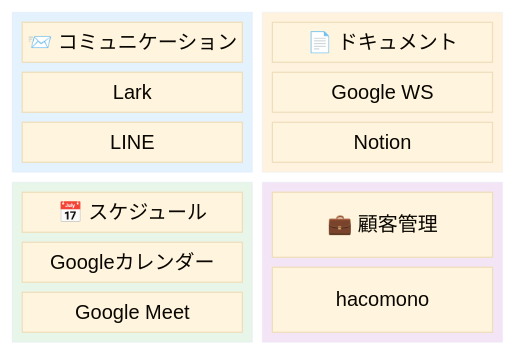
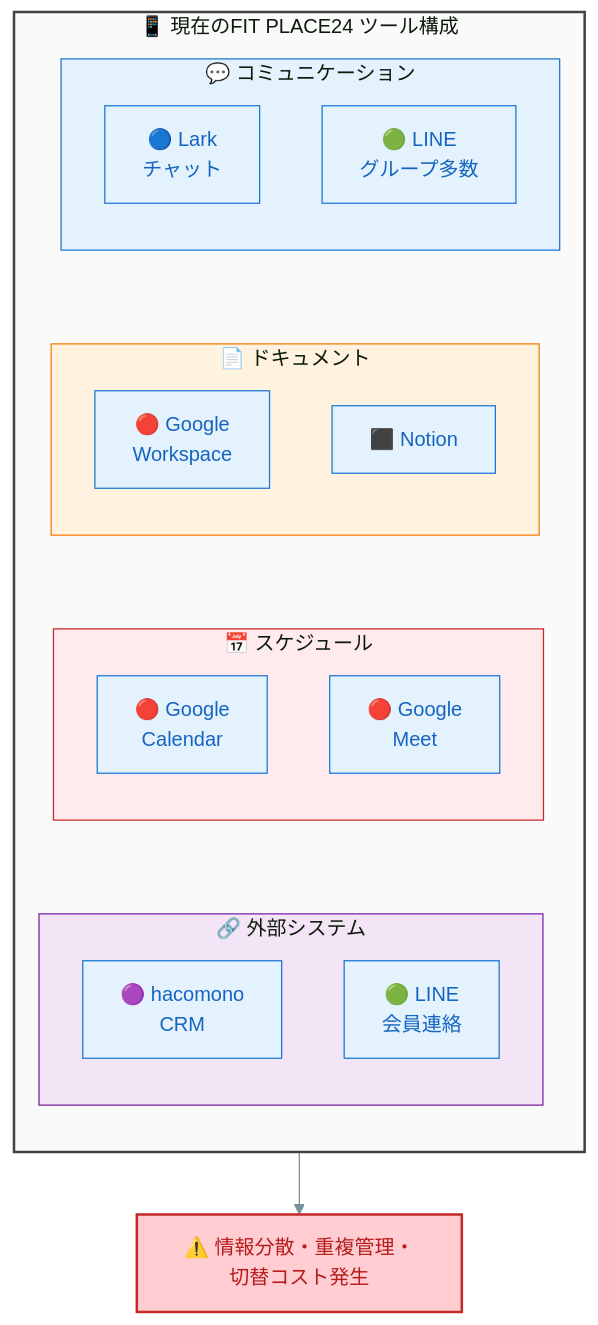
Before and after one commit to PLark-droid/lark-proposal: the first of 20 diagrams in docs/FITPLACE_LARK_PROPOSAL.md, drawn with Mermaid. The commit also changed other lines of this file, not shown here.

First line of the commit message:
docs: V1コンテンツベースにインフォグラフィック品質のMermaid図を適用

````diff
--- a/docs/FITPLACE_LARK_PROPOSAL.md
+++ b/docs/FITPLACE_LARK_PROPOSAL.md
@@ -37,37 +31,41 @@
 ```mermaid
-%%{init: {'theme': 'base', 'themeVariables': {'fontSize': '16px', 'fontFamily': 'arial'}}}%%
-block-beta
-    columns 2
+%%{init: {'theme': 'base', 'themeVariables': {'primaryColor': '#e3f2fd', 'primaryTextColor': '#1565c0', 'primaryBorderColor': '#1976d2', 'lineColor': '#78909c', 'secondaryColor': '#fff3e0', 'tertiaryColor': '#f3e5f5'}}}%%
+flowchart TB
+    subgraph current["📱 現在のFIT PLACE24 ツール構成"]
+        direction TB
 
-    block:comm:1
-        columns 1
-        comm_title["📨 コミュニケーション"]
-        Lark["Lark"]
-        LINE["LINE"]
+        subgraph comm["💬 コミュニケーション"]
+            A1["🔵 Lark<br/>チャット"]
+            A2["🟢 LINE<br/>グループ多数"]
+        end
+
+        subgraph docs["📄 ドキュメント"]
+            B1["🔴 Google<br/>Workspace"]
+            B2["⬛ Notion"]
+        end
+
+        subgraph schedule["📅 スケジュール"]
+            C1["🔴 Google<br/>Calendar"]
+            C2["🔴 Google<br/>Meet"]
+        end
+
+        subgraph external["🔗 外部システム"]
+            D1["🟣 hacomono<br/>CRM"]
+            D2["🟢 LINE<br/>会員連絡"]
+        end
     end
 
-    block:docs:1
-        columns 1
-        docs_title["📄 ドキュメント"]
-        GWS["Google WS"]
-        Notion["Notion"]
-    end
+    A1 ~~~ B1
+    B1 ~~~ C1
+    C1 ~~~ D1
 
-    block:schedule:1
-        columns 1
-        schedule_title["📅 スケジュール"]
-        GCal["Googleカレンダー"]
-        Meet["Google Meet"]
-    end
+    problem["⚠️ 情報分散・重複管理・切替コスト発生"]
+    current --> problem
 
-    block:crm:1
-        columns 1
-        crm_title["💼 顧客管理"]
-        hacomono["hacomono"]
-    end
-
-    style comm fill:#e3f2fd
-    style docs fill:#fff3e0
-    style schedule fill:#e8f5e9
-    style crm fill:#f3e5f5
+    style current fill:#fafafa,stroke:#424242,stroke-width:2px
+    style comm fill:#e3f2fd,stroke:#1976d2
+    style docs fill:#fff3e0,stroke:#f57c00
+    style schedule fill:#ffebee,stroke:#c62828
+    style external fill:#f3e5f5,stroke:#7b1fa2
+    style problem fill:#ffcdd2,stroke:#c62828,stroke-width:2px,color:#b71c1c
 ```
````
